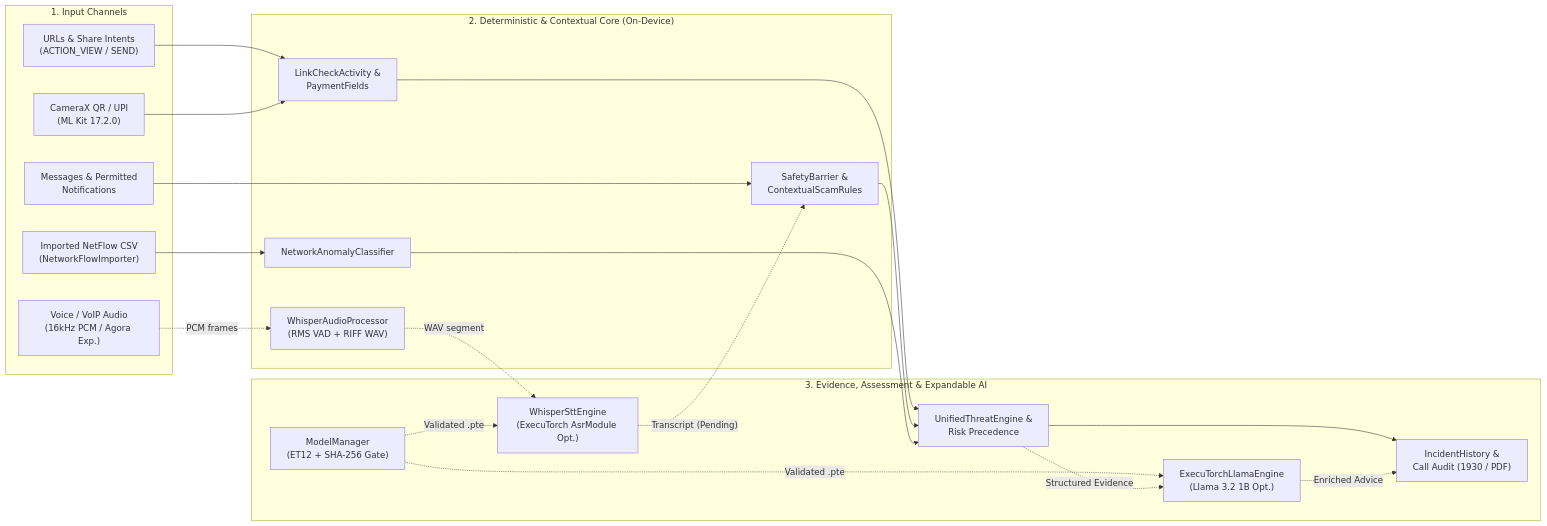
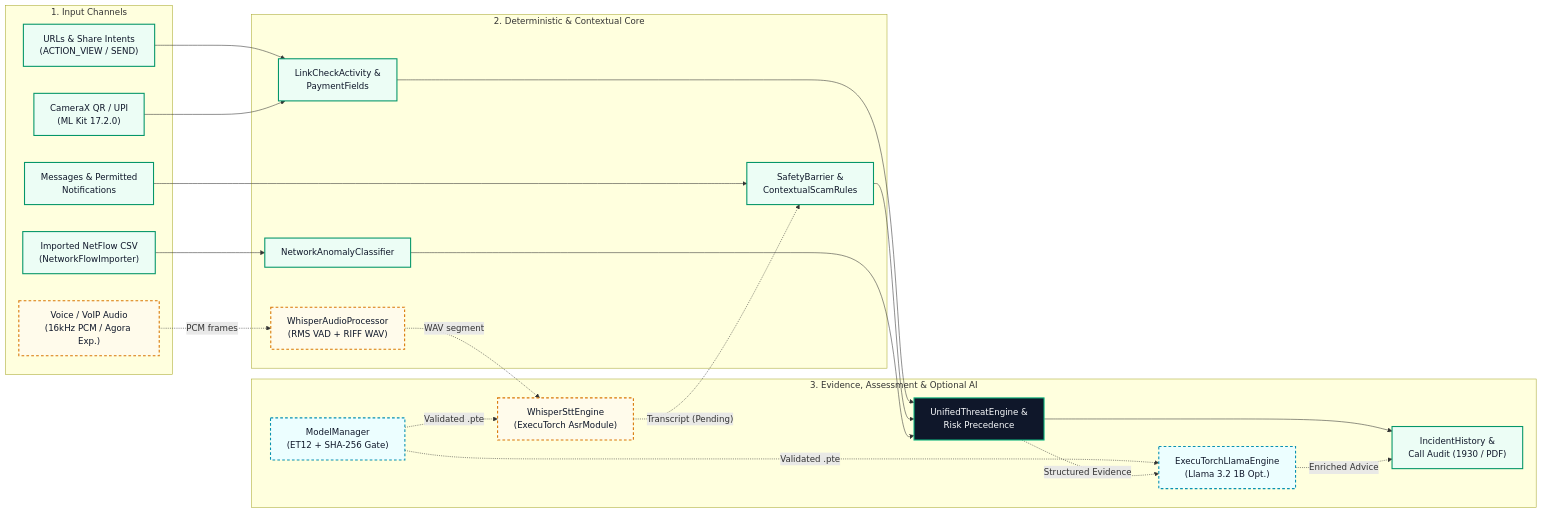
One commit to Anmol-coder26/APP_Susagi-Arm changed the diagram in README.md. Above: the diagram before and after it, drawn with Mermaid. The commit also changed other lines of this file and 4 other files, not shown here.

Commit message:
docs(readme): redesign GitHub hero showcase, compact 2x3 spotlight gallery, color-coded Mermaid, and crisp visual hierarchy

````diff
--- a/README.md
+++ b/README.md
@@ -259,43 +238,48 @@
 ```mermaid
 flowchart LR
+    classDef core fill:#ECFDF5,stroke:#059669,stroke-width:2px,color:#0F172A;
+    classDef dark fill:#0F172A,stroke:#10B981,stroke-width:2px,color:#F8FAFC;
+    classDef opt fill:#ECFEFF,stroke:#0891B2,stroke-width:2px,stroke-dasharray: 5 4,color:#0F172A;
+    classDef exp fill:#FFFBEB,stroke:#D97706,stroke-width:2px,stroke-dasharray: 5 4,color:#0F172A;
+
     subgraph Inputs ["1. Input Channels"]
-        U["URLs & Share Intents<br/>(ACTION_VIEW / SEND)"]
-        Q["CameraX QR / UPI<br/>(ML Kit 17.2.0)"]
-        M["Messages & Permitted<br/>Notifications"]
-        N["Imported NetFlow CSV<br/>(NetworkFlowImporter)"]
-        V["Voice / VoIP Audio<br/>(16kHz PCM / Agora Exp.)"]
+        U["URLs & Share Intents<br/>(ACTION_VIEW / SEND)"]:::core
+        Q["CameraX QR / UPI<br/>(ML Kit 17.2.0)"]:::core
+        M["Messages & Permitted<br/>Notifications"]:::core
+        N["Imported NetFlow CSV<br/>(NetworkFlowImporter)"]:::core
+        V["Voice / VoIP Audio<br/>(16kHz PCM / Agora Exp.)"]:::exp
     end
 
-    subgraph Core ["2. Deterministic & Contextual Core (On-Device)"]
-        LB["LinkCheckActivity &<br/>PaymentFields"]
-        SB["SafetyBarrier &<br/>ContextualScamRules"]
-        NC["NetworkAnomalyClassifier"]
-        VAD["WhisperAudioProcessor<br/>(RMS VAD + RIFF WAV)"]
+    subgraph Engine ["2. Deterministic & Contextual Core"]
+        LB["LinkCheckActivity &<br/>PaymentFields"]:::core
+        SB["SafetyBarrier &<br/>ContextualScamRules"]:::core
+        NC["NetworkAnomalyClassifier"]:::core
+        VAD["WhisperAudioProcessor<br/>(RMS VAD + RIFF WAV)"]:::exp
     end
 
-    subgraph Outcome ["3. Evidence, Assessment & Expandable AI"]
-        UT["UnifiedThreatEngine &<br/>Risk Precedence"]
-        ST["IncidentHistory &<br/>Call Audit (1930 / PDF)"]
-        MM["ModelManager<br/>(ET12 + SHA-256 Gate)"]
-        LL["ExecuTorchLlamaEngine<br/>(Llama 3.2 1B Opt.)"]
-        WH["WhisperSttEngine<br/>(ExecuTorch AsrModule Opt.)"]
+    subgraph Output ["3. Evidence, Assessment & Optional AI"]
+        UT["UnifiedThreatEngine &<br/>Risk Precedence"]:::dark
+        ST["IncidentHistory &<br/>Call Audit (1930 / PDF)"]:::core
+        MM["ModelManager<br/>(ET12 + SHA-256 Gate)"]:::opt
+        LL["ExecuTorchLlamaEngine<br/>(Llama 3.2 1B Opt.)"]:::opt
+        WH["WhisperSttEngine<br/>(ExecuTorch AsrModule)"]:::exp
     end
 
     U --> LB
     Q --> LB
     M --> SB
     N --> NC
     V -. "PCM frames" .-> VAD
 
     LB --> UT
     SB --> UT
     NC --> UT
     UT --> ST
 
     MM -. "Validated .pte" .-> LL
     MM -. "Validated .pte" .-> WH
     VAD -. "WAV segment" .-> WH
     WH -. "Transcript (Pending)" .-> SB
     UT -. "Structured Evidence" .-> LL
     LL -. "Enriched Advice" .-> ST
 ```
````
